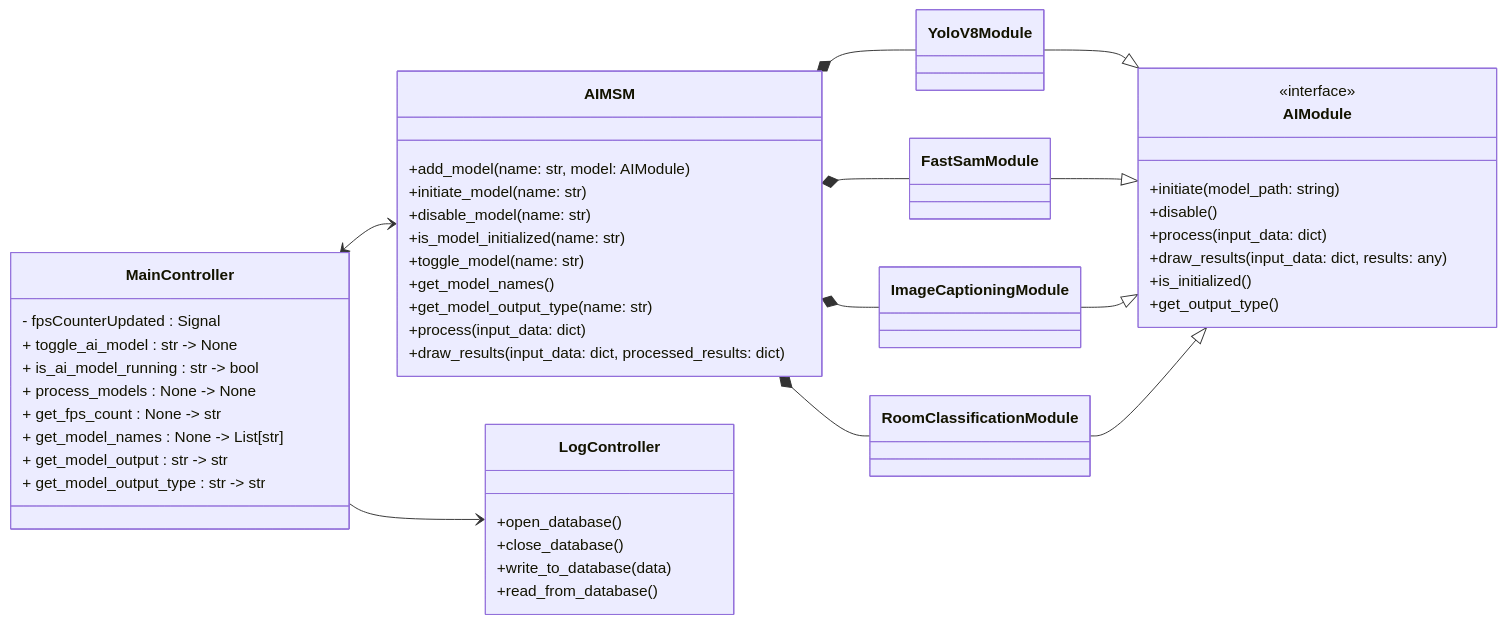
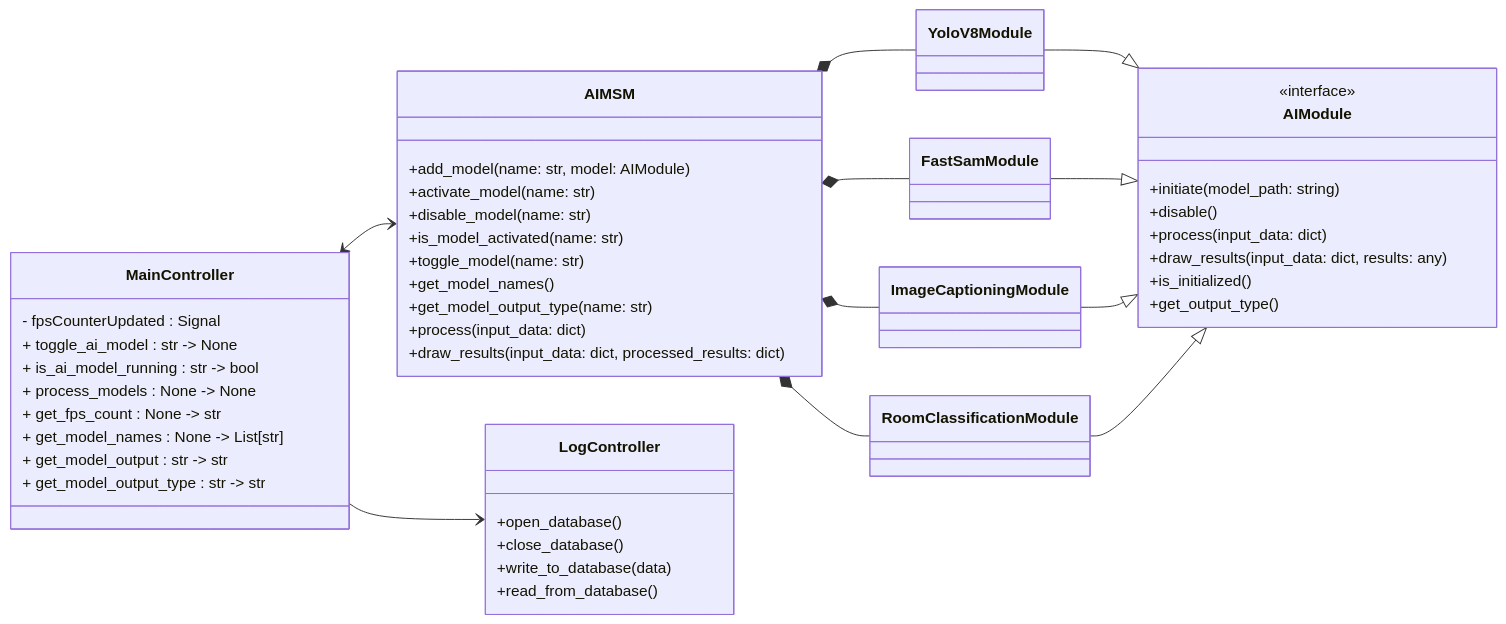
The diagram in docs/diagram.md (BrunoGeorgevich/AIMSM), drawn with Mermaid before and after one commit. The commit also changed 2 other files, not shown here.

Commit message:
feat: rename and implement methods

````diff
--- a/docs/diagram.md
+++ b/docs/diagram.md
@@ -1,61 +1,61 @@
 ```mermaid
 classDiagram
   direction LR
   MainController <--> AIMSM
   AIMSM *-- FastSamModule
   AIMSM *-- ImageCaptioningModule
   AIMSM *-- RoomClassificationModule
   AIMSM *-- YoloV8Module
   YoloV8Module --|> AIModule
   FastSamModule --|> AIModule
   ImageCaptioningModule --|> AIModule
   RoomClassificationModule --|> AIModule
   MainController --> LogController
 
 
   class LogController {
       +open_database()
       +close_database()
       +write_to_database(data)
       +read_from_database()
   }
 
 
   class MainController {
     - fpsCounterUpdated : Signal
     + toggle_ai_model : str -> None
     + is_ai_model_running : str -> bool
     + process_models : None -> None
     + get_fps_count : None -> str
     + get_model_names : None -> List[str]
     + get_model_output : str -> str
     + get_model_output_type : str -> str
   }
 
   class AIMSM {
     +add_model(name: str, model: AIModule)
-    +initiate_model(name: str)
+    +activate_model(name: str)
     +disable_model(name: str)
-    +is_model_initialized(name: str)
+    +is_model_activated(name: str)
     +toggle_model(name: str)
     +get_model_names()
     +get_model_output_type(name: str)
     +process(input_data: dict)
     +draw_results(input_data: dict, processed_results: dict)
   }
 
   class AIModule {
     <<interface>>
     +initiate(model_path: string)
     +disable()
     +process(input_data: dict)
     +draw_results(input_data: dict, results: any)
     +is_initialized()
     +get_output_type()
   }
 
   class FastSamModule { }
   class ImageCaptioningModule { }
   class RoomClassificationModule { }
   class YoloV8Module { }
 ```
````
